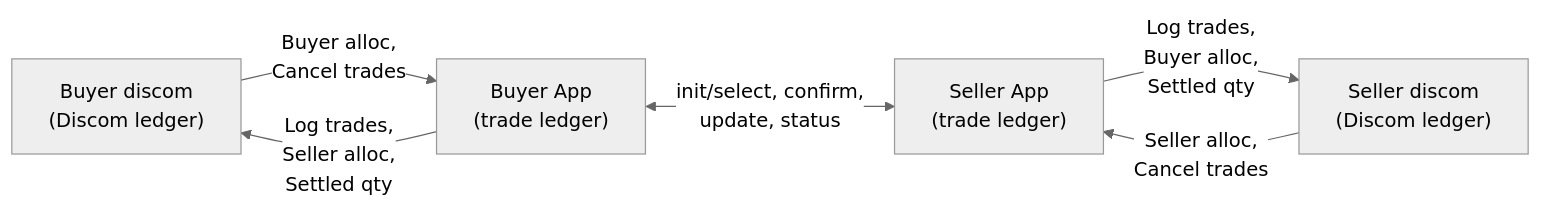
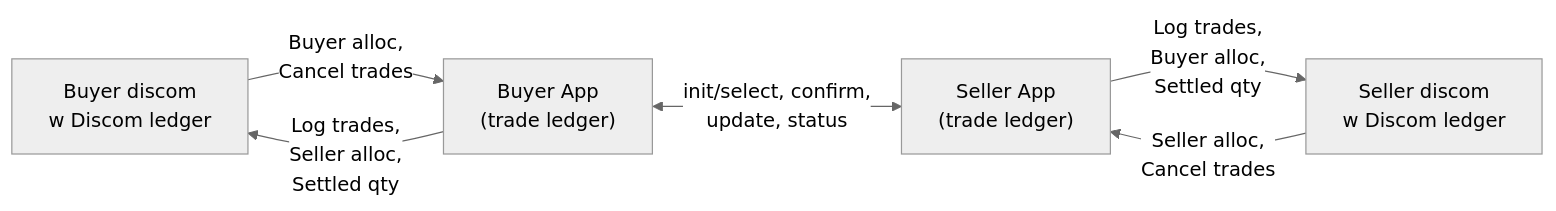
One commit to areebahmeddd/digital-energy-grid changed the first of 10 diagrams in docs/implementation-guides/v2/P2P_Trading/Inter_energy_retailer_P2P_trading_altarch_draft.md. Above: the diagram before and after it, drawn with Mermaid (neutral theme). The commit also changed other lines of this file, not shown here.

````diff
--- a/docs/implementation-guides/v2/P2P_Trading/Inter_energy_retailer_P2P_trading_altarch_draft.md
+++ b/docs/implementation-guides/v2/P2P_Trading/Inter_energy_retailer_P2P_trading_altarch_draft.md
@@ -58,10 +58,10 @@
 ```mermaid
 flowchart LR
-    BuyerDiscom["Buyer discom<br/>(Discom ledger)"] -->|"Buyer alloc,<br/>Cancel trades"| BuyerApp
+    BuyerDiscom["Buyer discom<br/>w Discom ledger"] -->|"Buyer alloc,<br/>Cancel trades"| BuyerApp
     BuyerApp -->|"Log trades,<br/>Seller alloc,<br/>Settled qty"| BuyerDiscom
 
     BuyerApp["Buyer App<br/>(trade ledger)"] <-->|"init/select, confirm,<br/>update, status"| SellerApp["Seller App<br/>(trade ledger)"]
 
-    SellerApp -->|"Log trades,<br/>Buyer alloc,<br/>Settled qty"| SellerDiscom["Seller discom<br/>(Discom ledger)"]
+    SellerApp -->|"Log trades,<br/>Buyer alloc,<br/>Settled qty"| SellerDiscom["Seller discom<br/> w Discom ledger"]
     SellerDiscom -->|"Seller alloc,<br/>Cancel trades"| SellerApp
 ```
````
